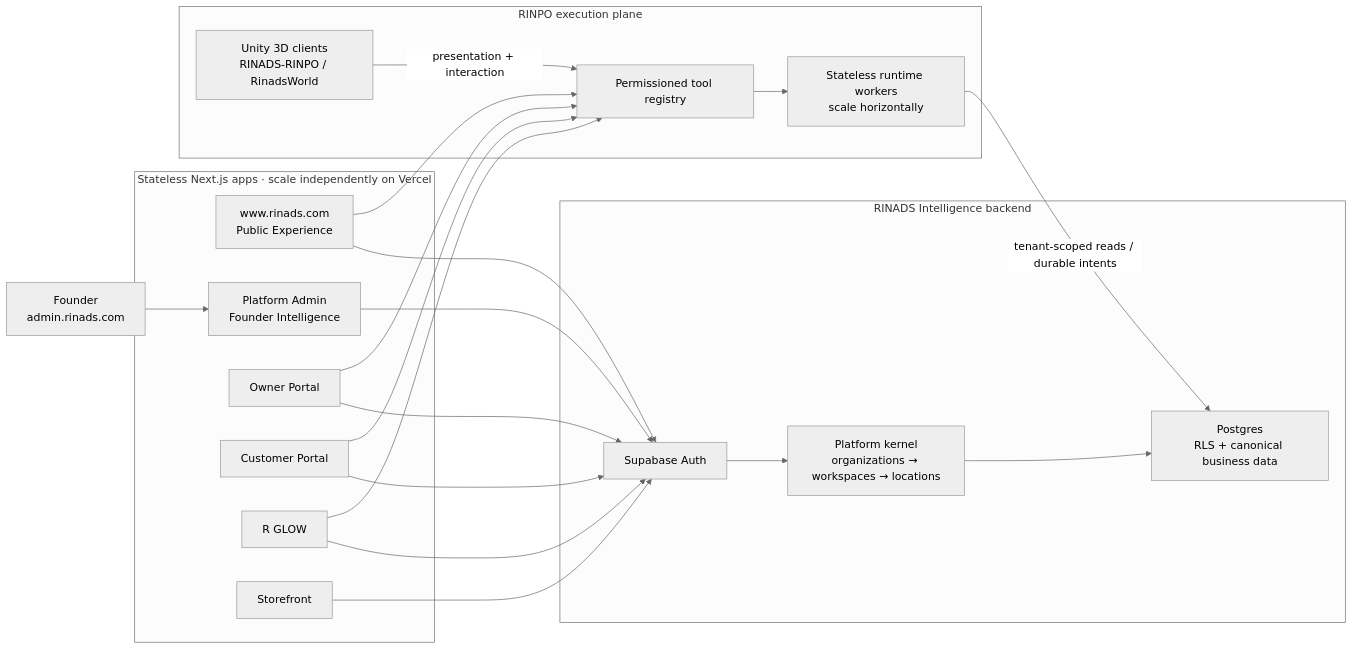
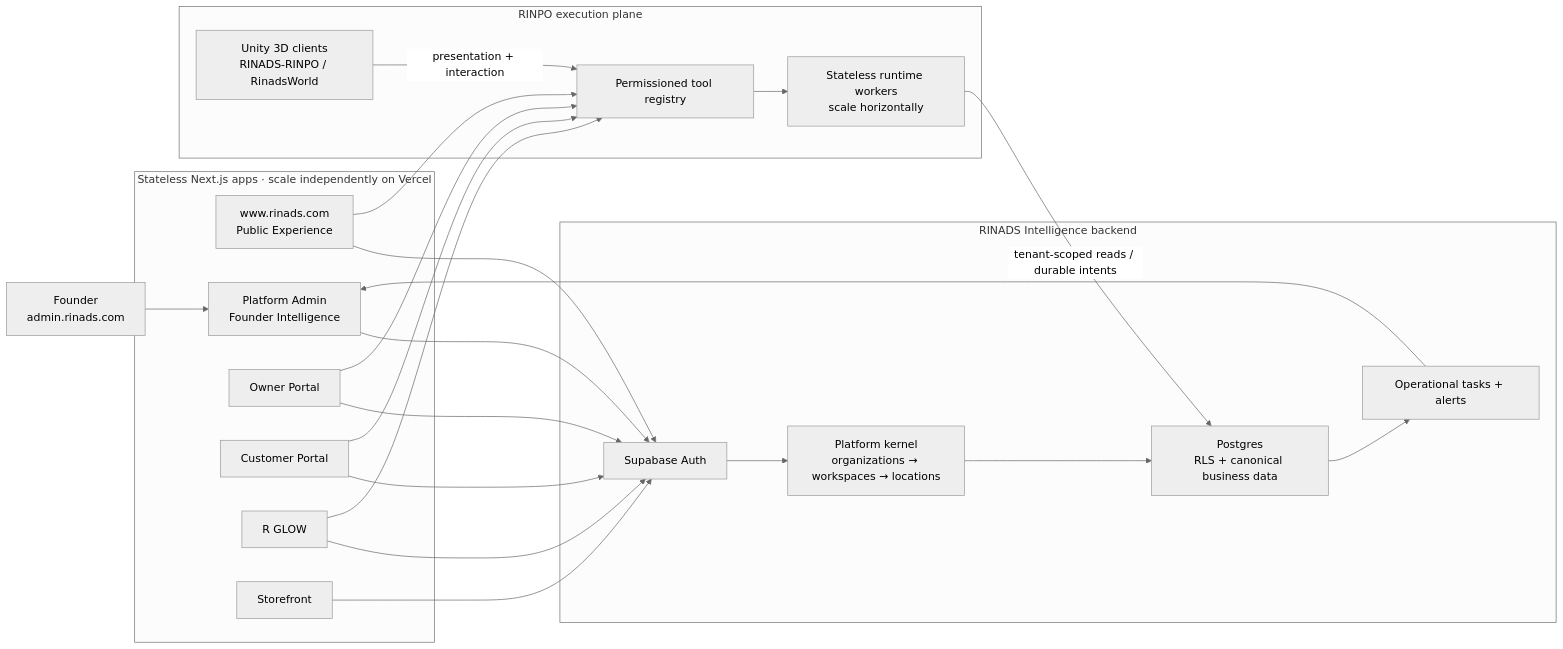
One commit to rinads-india/rinads-website changed the diagram in docs/architecture/FOUNDER-INTELLIGENCE.md. Above: the diagram before and after it, drawn with Mermaid (neutral theme). The commit also changed other lines of this file, not shown here.

Commit message:
docs(founder): document canonical work pulse

````diff
--- a/docs/architecture/FOUNDER-INTELLIGENCE.md
+++ b/docs/architecture/FOUNDER-INTELLIGENCE.md
@@ -44,34 +67,37 @@
 ```mermaid
 flowchart LR
   Founder["Founder<br/>admin.rinads.com"]
 
   subgraph Vercel["Stateless Next.js apps · scale independently on Vercel"]
     Website["www.rinads.com<br/>Public Experience"]
     Admin["Platform Admin<br/>Founder Intelligence"]
     Owner["Owner Portal"]
     Customer["Customer Portal"]
     Glow["R GLOW"]
     Store["Storefront"]
   end
 
   subgraph Platform["RINADS Intelligence backend"]
     Auth["Supabase Auth"]
     Kernel["Platform kernel<br/>organizations → workspaces → locations"]
+    Work["Operational tasks + alerts"]
     Data["Postgres<br/>RLS + canonical business data"]
   end
 
   subgraph Rinpo["RINPO execution plane"]
     Tools["Permissioned tool registry"]
     Workers["Stateless runtime workers<br/>scale horizontally"]
     Unity["Unity 3D clients<br/>RINADS-RINPO / RinadsWorld"]
   end
 
   Founder --> Admin
   Website & Admin & Owner & Customer & Glow & Store --> Auth
   Auth --> Kernel
   Kernel --> Data
+  Data --> Work
+  Work --> Admin
   Website & Owner & Customer & Glow --> Tools
   Tools --> Workers
   Workers -->|"tenant-scoped reads / durable intents"| Data
   Unity -->|"presentation + interaction"| Tools
 ```
````
